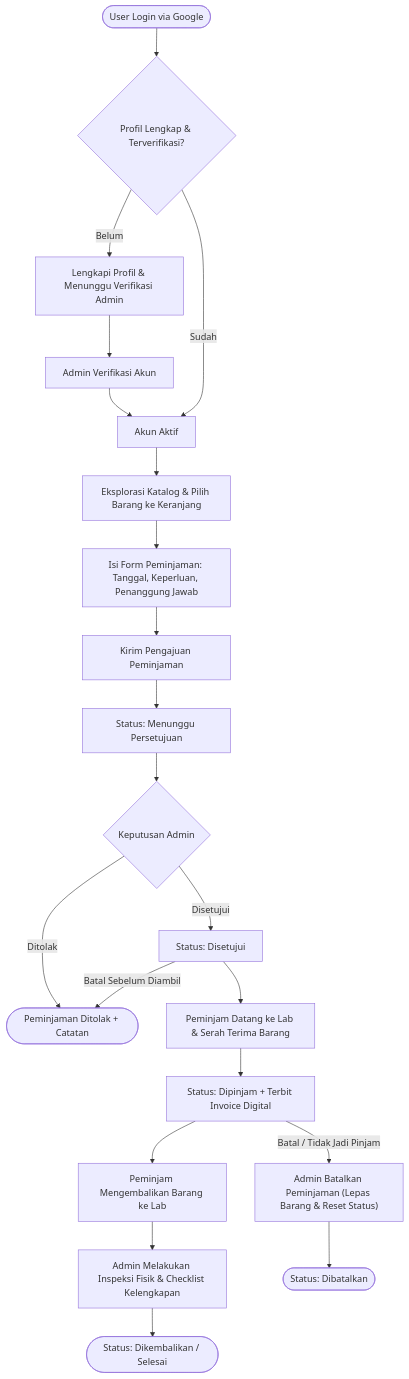
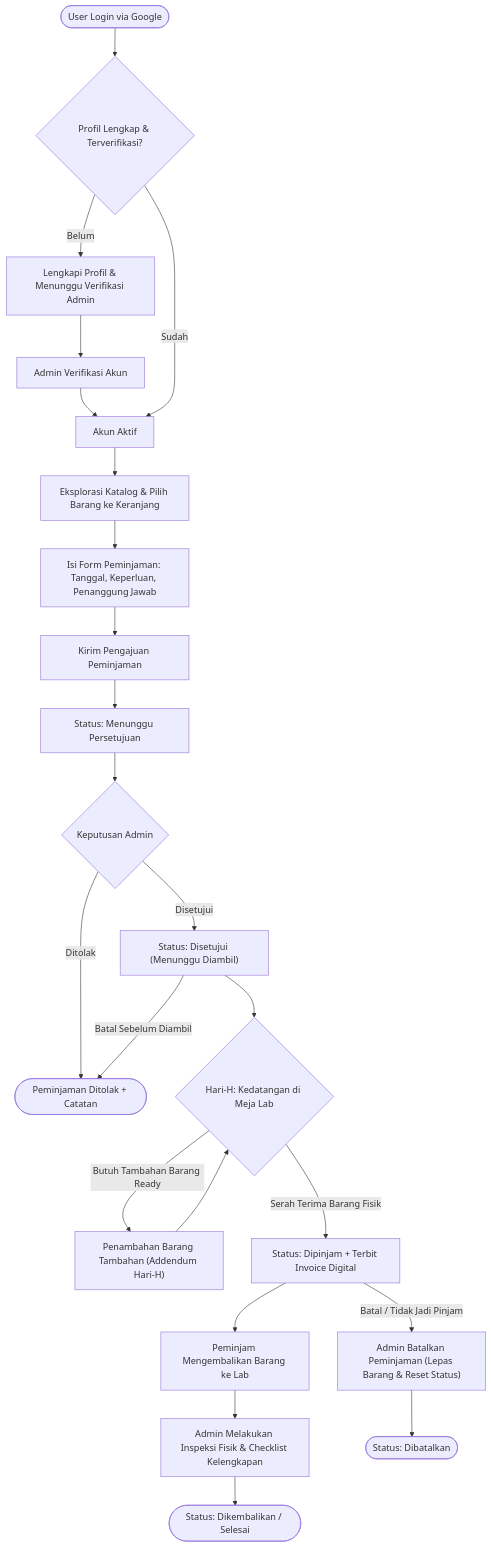
The diagram in README.md (luthafiyyan/PinjamIn), drawn with Mermaid before and after one commit. The commit also changed other lines of this file, not shown here.

Commit message:
docs: dokumentasikan alur penambahan barang hari-H (addendum meja lab) di README

````diff
--- a/README.md
+++ b/README.md
@@ -94,28 +95,30 @@
 ```mermaid
 flowchart TD
     A([User Login via Google]) --> B{Profil Lengkap & Terverifikasi?}
     B -- Belum --> C["Lengkapi Profil & Menunggu Verifikasi Admin"]
     C --> D[Admin Verifikasi Akun]
     D --> E[Akun Aktif]
     B -- Sudah --> E
 
     E --> F["Eksplorasi Katalog & Pilih Barang ke Keranjang"]
     F --> G["Isi Form Peminjaman: Tanggal, Keperluan, Penanggung Jawab"]
     G --> H[Kirim Pengajuan Peminjaman]
     
     H --> I["Status: Menunggu Persetujuan"]
     I --> J{Keputusan Admin}
     J -- Ditolak --> K(["Peminjaman Ditolak + Catatan"])
-    J -- Disetujui --> L["Status: Disetujui"]
+    J -- Disetujui --> L["Status: Disetujui (Menunggu Diambil)"]
 
-    L --> M["Peminjam Datang ke Lab & Serah Terima Barang"]
+    L --> M{"Hari-H: Kedatangan di Meja Lab"}
+    M -- Butuh Tambahan Barang Ready --> Add["Penambahan Barang Tambahan (Addendum Hari-H)"]
+    Add --> M
+    M -- Serah Terima Barang Fisik --> N["Status: Dipinjam + Terbit Invoice Digital"]
     L -- Batal Sebelum Diambil --> K
-    M --> N["Status: Dipinjam + Terbit Invoice Digital"]
     
     N --> O[Peminjam Mengembalikan Barang ke Lab]
     O --> P["Admin Melakukan Inspeksi Fisik & Checklist Kelengkapan"]
     P --> Q(["Status: Dikembalikan / Selesai"])
 
     N -- Batal / Tidak Jadi Pinjam --> R["Admin Batalkan Peminjaman (Lepas Barang & Reset Status)"]
     R --> S(["Status: Dibatalkan"])
 ```
````
